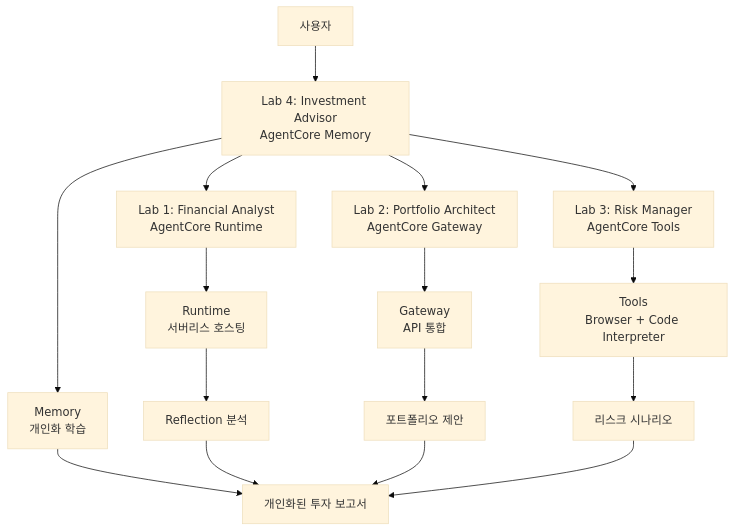
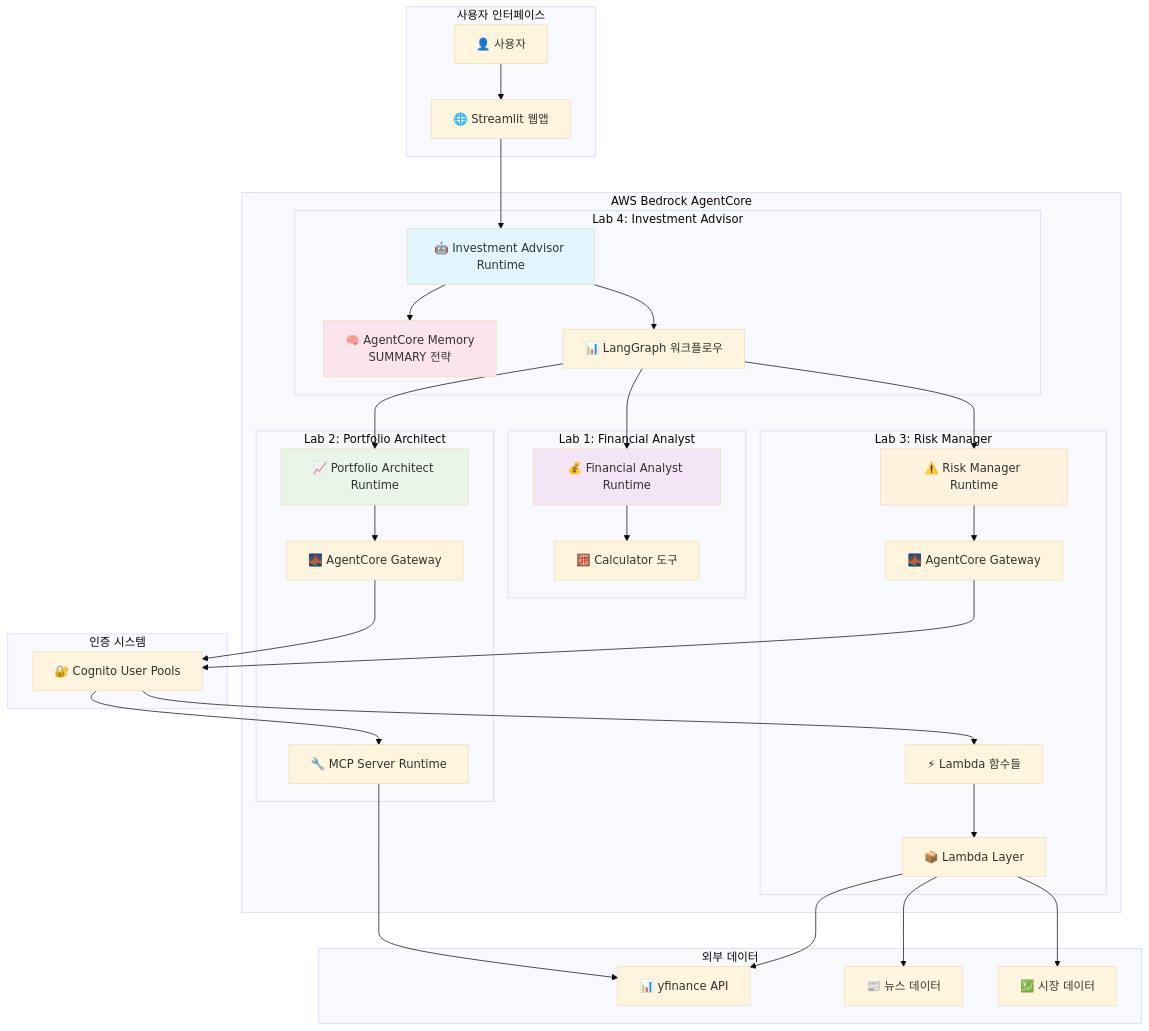
Before and after one commit to ksgsslee/investment_advisor_strands: the first of 2 diagrams in README.md, drawn with Mermaid (base theme). The commit also changed other lines of this file and 3 other files, not shown here.

````diff
--- a/README.md
+++ b/README.md
@@ -16,22 +11,72 @@
 ```mermaid
-graph TD
-    User[사용자] --> Lab4[Lab 4: Investment Advisor<br/>AgentCore Memory]
+graph TB
+    subgraph "사용자 인터페이스"
+        USER[👤 사용자]
+        WEB[🌐 Streamlit 웹앱]
+    end
     
-    Lab4 --> Lab1[Lab 1: Financial Analyst<br/>AgentCore Runtime]
-    Lab4 --> Lab2[Lab 2: Portfolio Architect<br/>AgentCore Gateway] 
-    Lab4 --> Lab3[Lab 3: Risk Manager<br/>AgentCore Tools]
+    subgraph "AWS Bedrock AgentCore"
+        subgraph "Lab 4: Investment Advisor"
+            IA[🤖 Investment Advisor Runtime]
+            MEMORY[🧠 AgentCore Memory<br/>SUMMARY 전략]
+            LANGGRAPH[📊 LangGraph 워크플로우]
+        end
+        
+        subgraph "Lab 1: Financial Analyst"
+            FA[💰 Financial Analyst Runtime]
+            CALC[🧮 Calculator 도구]
+        end
+        
+        subgraph "Lab 2: Portfolio Architect"
+            PA[📈 Portfolio Architect Runtime]
+            GATEWAY1[🌉 AgentCore Gateway]
+            MCP_SERVER[🔧 MCP Server Runtime]
+        end
+        
+        subgraph "Lab 3: Risk Manager"
+            RM[⚠️ Risk Manager Runtime]
+            GATEWAY2[🌉 AgentCore Gateway]
+            LAMBDA[⚡ Lambda 함수들]
+            LAYER[📦 Lambda Layer]
+        end
+    end
     
-    Lab1 --> Runtime[Runtime<br/>서버리스 호스팅]
-    Lab2 --> Gateway[Gateway<br/>API 통합]
-    Lab3 --> Tools[Tools<br/>Browser + Code Interpreter]
-    Lab4 --> Memory[Memory<br/>개인화 학습]
+    subgraph "외부 데이터"
+        YFINANCE[📊 yfinance API]
+        NEWS[📰 뉴스 데이터]
+        MARKET[💹 시장 데이터]
+    end
     
-    Runtime --> ReflectionResult[Reflection 분석]
-    Gateway --> PortfolioResult[포트폴리오 제안]
-    Tools --> RiskResult[리스크 시나리오]
-    Memory --> PersonalizedReport[개인화된 투자 보고서]
+    subgraph "인증 시스템"
+        COGNITO[🔐 Cognito User Pools]
+    end
     
-    ReflectionResult --> PersonalizedReport
-    PortfolioResult --> PersonalizedReport
-    RiskResult --> PersonalizedReport
+    USER --> WEB
+    WEB --> IA
+    IA --> LANGGRAPH
+    LANGGRAPH --> FA
+    LANGGRAPH --> PA
+    LANGGRAPH --> RM
+    
+    FA --> CALC
+    PA --> GATEWAY1
+    GATEWAY1 --> COGNITO
+    COGNITO --> MCP_SERVER
+    MCP_SERVER --> YFINANCE
+    
+    RM --> GATEWAY2
+    GATEWAY2 --> COGNITO
+    COGNITO --> LAMBDA
+    LAMBDA --> LAYER
+    LAYER --> YFINANCE
+    LAYER --> NEWS
+    LAYER --> MARKET
+    
+    IA --> MEMORY
+    
+    style IA fill:#e1f5fe
+    style FA fill:#f3e5f5
+    style PA fill:#e8f5e8
+    style RM fill:#fff3e0
+    style MEMORY fill:#fce4ec
 ```
````
